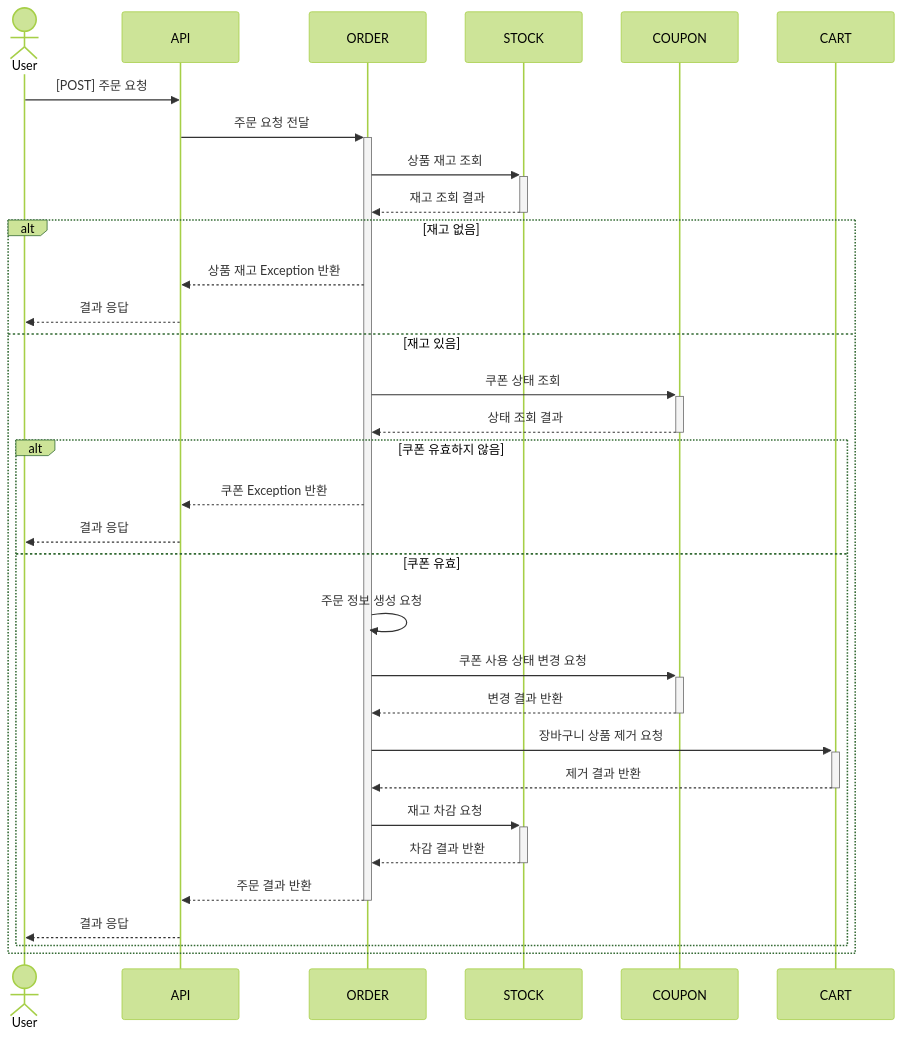
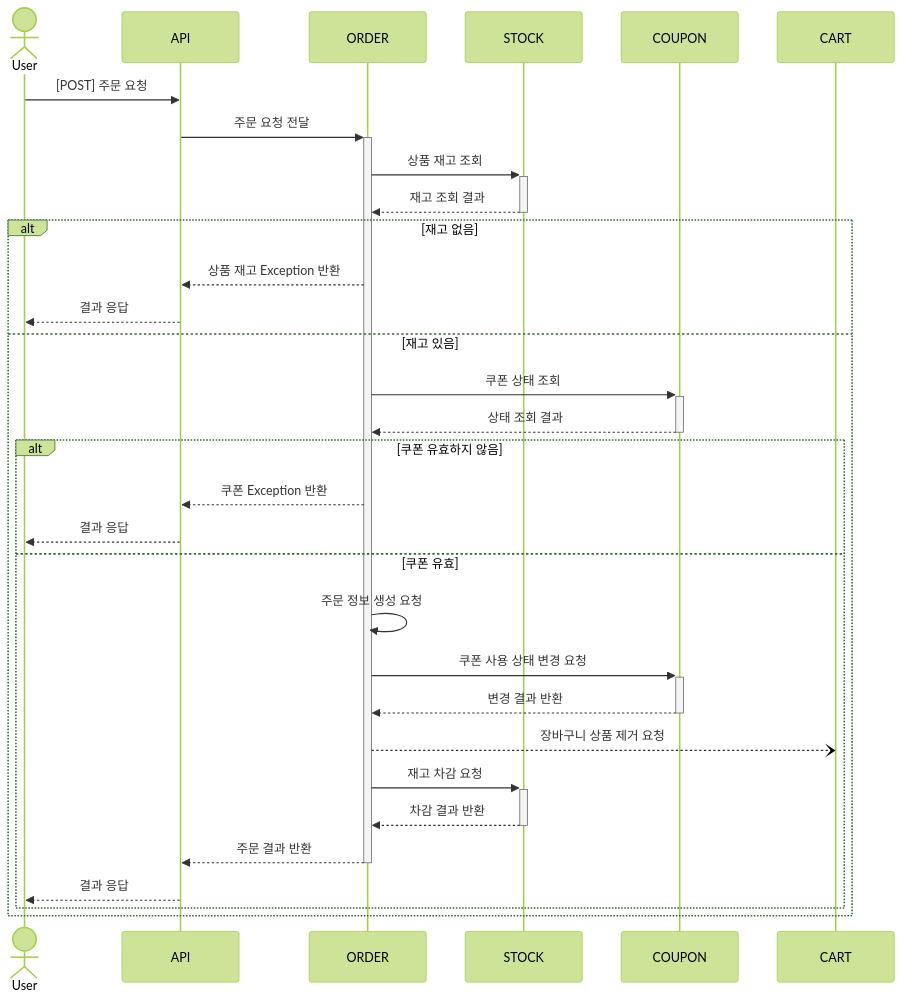
One commit to hyunn12/e-commerce changed the fifth of 7 diagrams in docs/SequenceDiagram.md. Above: the diagram before and after it, drawn with Mermaid (forest theme). The commit also changed other lines of this file and 19 other files, not shown here.

````diff
--- a/docs/SequenceDiagram.md
+++ b/docs/SequenceDiagram.md
@@ -85,38 +85,37 @@
 ```mermaid
 sequenceDiagram
     actor User
 
     User->>API: [POST] 주문 요청
     API->>+ORDER: 주문 요청 전달
 
     ORDER->>+STOCK: 상품 재고 조회
     STOCK-->>-ORDER: 재고 조회 결과
 
     alt 재고 없음
         ORDER-->>API: 상품 재고 Exception 반환
         API-->>User: 결과 응답
     else 재고 있음
         ORDER->>+COUPON: 쿠폰 상태 조회
         COUPON-->>-ORDER: 상태 조회 결과
 
         alt 쿠폰 유효하지 않음
             ORDER-->>API: 쿠폰 Exception 반환
             API-->>User: 결과 응답
         else 쿠폰 유효
             ORDER->>ORDER: 주문 정보 생성 요청
             
             ORDER->>+COUPON: 쿠폰 사용 상태 변경 요청
             COUPON-->>-ORDER: 변경 결과 반환
 
-            ORDER->>+CART: 장바구니 상품 제거 요청
-            CART-->>-ORDER: 제거 결과 반환
+            ORDER--)CART: 장바구니 상품 제거 요청
 
             ORDER->>+STOCK: 재고 차감 요청
             STOCK-->>-ORDER: 차감 결과 반환
 
             ORDER-->>-API: 주문 결과 반환
             API-->>User: 결과 응답
         end
     end
 
 ```
````
